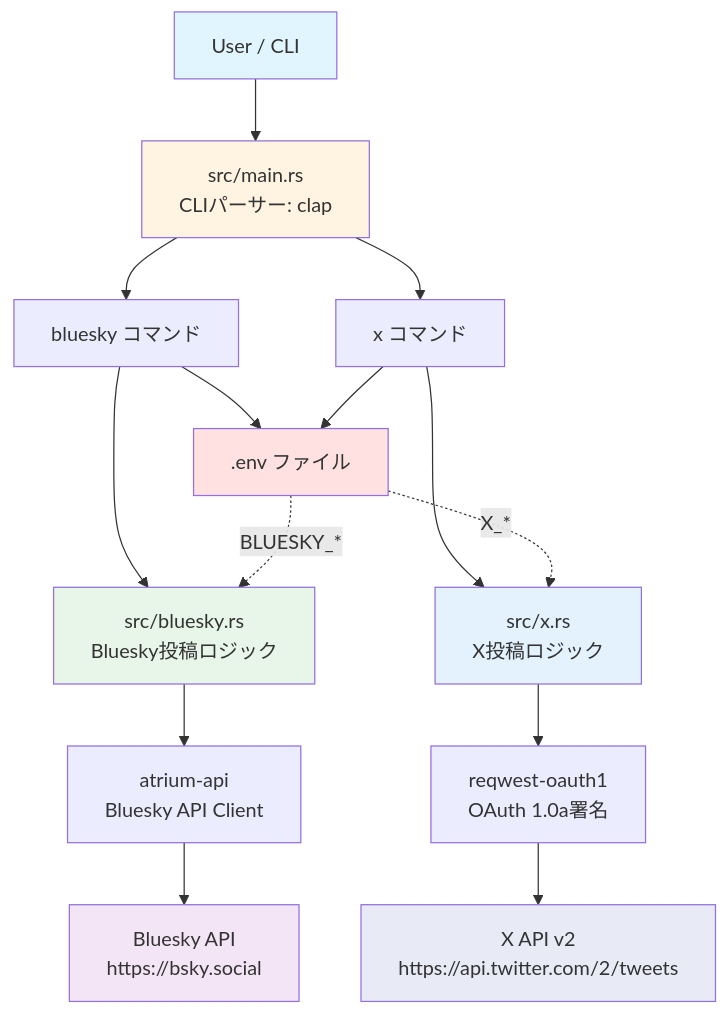
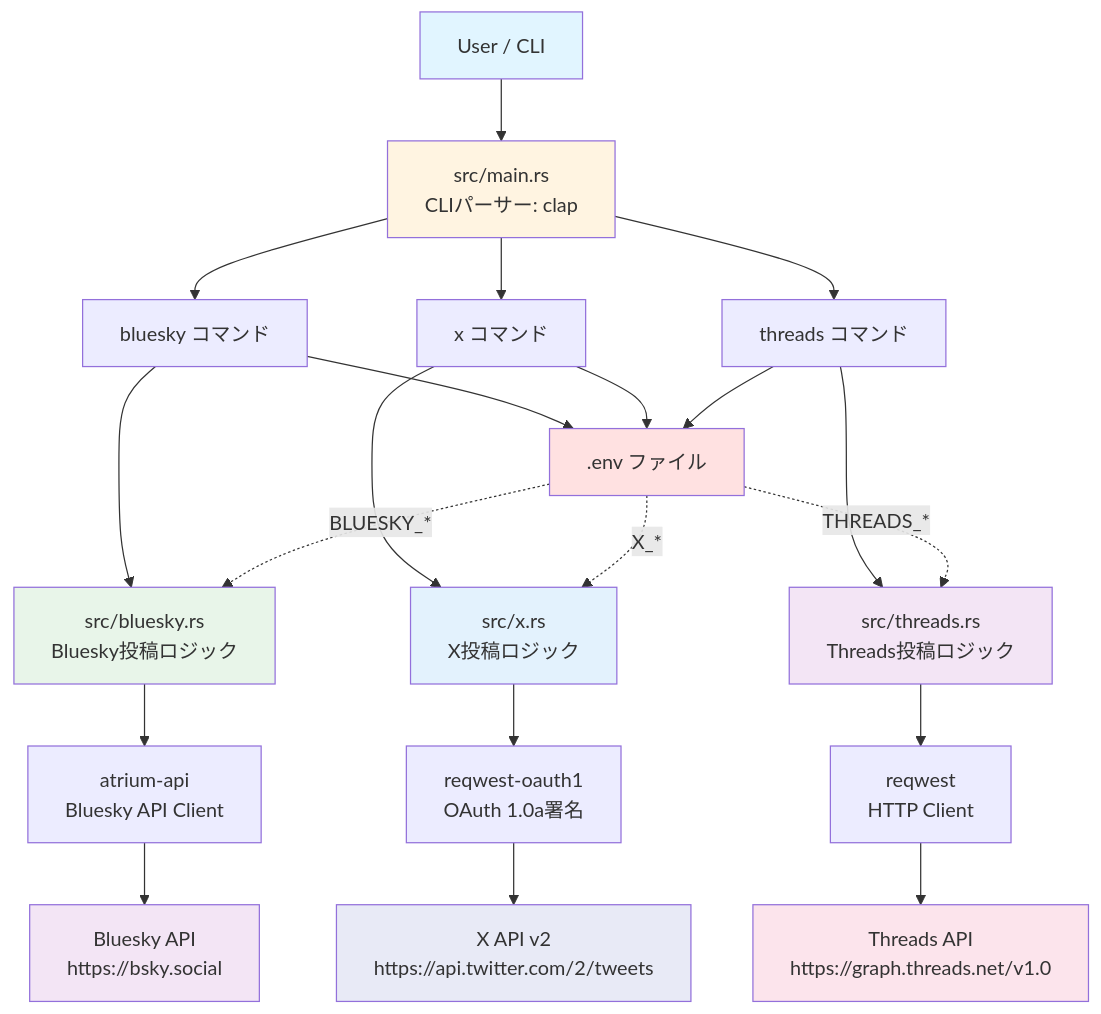
Before and after one commit to kskwtnk/social-cli: the first of 3 diagrams in docs/architecture.md, drawn with Mermaid. The commit also changed other lines of this file and 2 other files, not shown here.

````diff
--- a/docs/architecture.md
+++ b/docs/architecture.md
@@ -11,30 +11,38 @@
 ```mermaid
 graph TD
     User[User / CLI] --> Main[src/main.rs<br/>CLIパーサー: clap]
 
     Main --> BlueskyCmd[bluesky コマンド]
     Main --> XCmd[x コマンド]
+    Main --> ThreadsCmd[threads コマンド]
 
     BlueskyCmd --> Env[.env ファイル]
     XCmd --> Env
+    ThreadsCmd --> Env
 
     BlueskyCmd --> BlueskyMod[src/bluesky.rs<br/>Bluesky投稿ロジック]
     XCmd --> XMod[src/x.rs<br/>X投稿ロジック]
+    ThreadsCmd --> ThreadsMod[src/threads.rs<br/>Threads投稿ロジック]
 
     BlueskyMod --> AtriumAPI[atrium-api<br/>Bluesky API Client]
     XMod --> OAuth1[reqwest-oauth1<br/>OAuth 1.0a署名]
+    ThreadsMod --> Reqwest[reqwest<br/>HTTP Client]
 
     AtriumAPI --> BlueskyAPI[Bluesky API<br/>https://bsky.social]
     OAuth1 --> XAPI[X API v2<br/>https://api.twitter.com/2/tweets]
+    Reqwest --> ThreadsAPI[Threads API<br/>https://graph.threads.net/v1.0]
 
     Env -.-> |BLUESKY_*| BlueskyMod
     Env -.-> |X_*| XMod
+    Env -.-> |THREADS_*| ThreadsMod
 
     style User fill:#e1f5ff
     style Main fill:#fff4e1
     style BlueskyMod fill:#e8f5e9
     style XMod fill:#e3f2fd
+    style ThreadsMod fill:#f3e5f5
     style Env fill:#ffe1e1
     style BlueskyAPI fill:#f3e5f5
     style XAPI fill:#e8eaf6
+    style ThreadsAPI fill:#fce4ec
 ```
````
